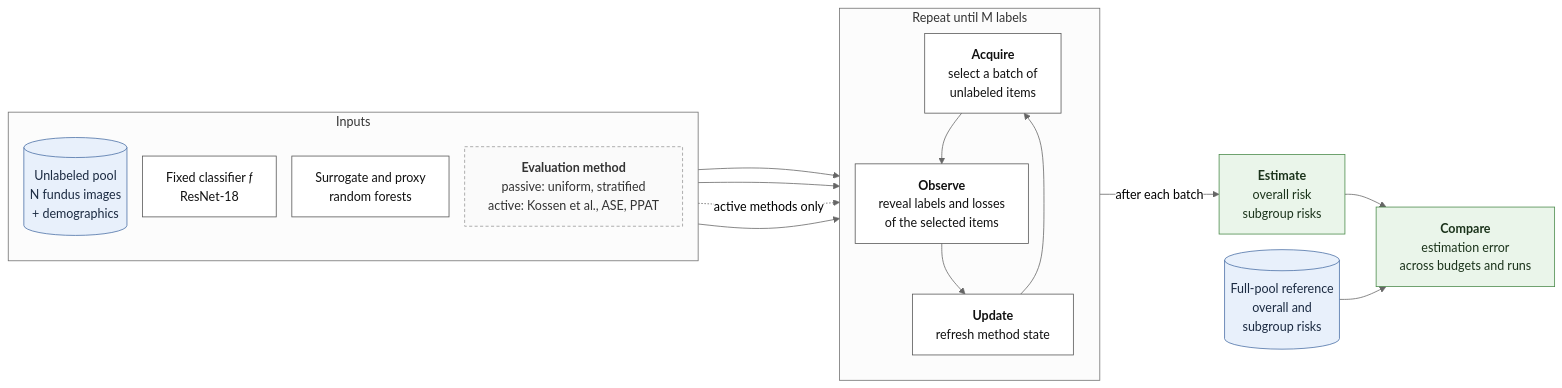
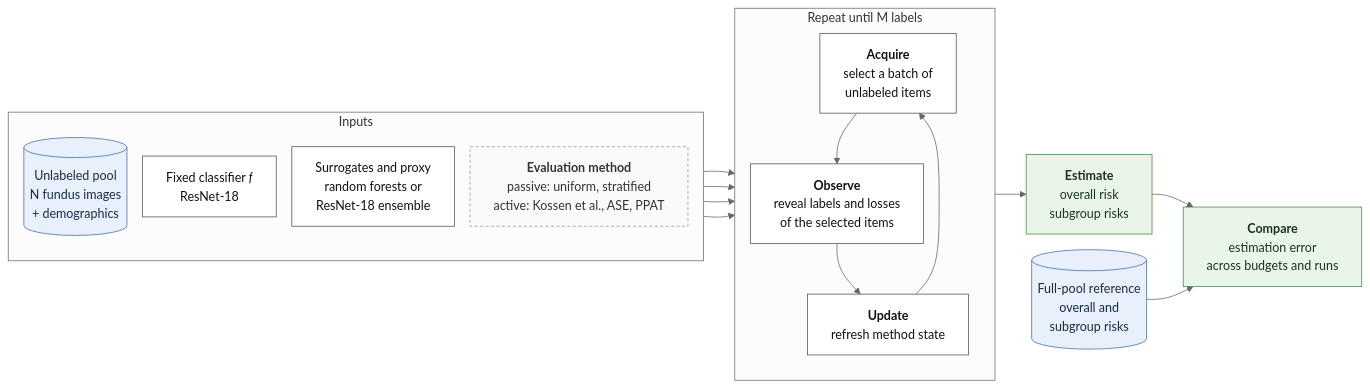
Before and after one commit to AlexWinther/evaluation-compression: the diagram in diagrams/overview.mmd, drawn with Mermaid. The commit also changed 2 other files, not shown here.

Commit message:
docs: update the overview diagram and add a render recipe

```diff
--- a/diagrams/overview.mmd
+++ b/diagrams/overview.mmd
@@ -1,47 +1,47 @@
 ---
 config:
   theme: neutral
   markdownAutoWrap: false
   flowchart:
     curve: basis
     wrappingWidth: 400
     nodeSpacing: 20
     rankSpacing: 40
 ---
 
 flowchart LR
   subgraph IN["Inputs"]
     direction TB
     P[("Unlabeled pool<br/>N fundus images<br/>+ demographics")]
     F["Fixed classifier <i>f</i><br/>ResNet-18"]
-    S["Surrogate and proxy<br/>random forests"]
+    S["Surrogates and proxy<br/>random forests or<br/>ResNet-18 ensemble"]
     M["<b>Evaluation method</b><br/>passive: uniform, stratified<br/>active: Kossen et al., ASE, PPAT"]
   end
 
   subgraph LOOP["Repeat until M labels"]
     direction TB
     A["<b>Acquire</b><br/>select a batch of<br/>unlabeled items"]
     O["<b>Observe</b><br/>reveal labels and losses<br/>of the selected items"]
     U["<b>Update</b><br/>refresh method state"]
     A --> O --> U --> A
   end
 
   E["<b>Estimate</b><br/>overall risk<br/>subgroup risks"]
   R[("Full-pool reference<br/>overall and<br/>subgroup risks")]
   C["<b>Compare</b><br/>estimation error<br/>across budgets and runs"]
 
   P --> A
   F --> A
-  S -. "active methods only" .-> A
+  S --> A
   M --> A
-  U -- "after each batch" --> E --> C
+  U --> E --> C
   R --> C
 
   classDef data fill:#e8f0fb,stroke:#4a6fa5,color:#1b2a41
   classDef step fill:#ffffff,stroke:#555555,color:#111111
   classDef result fill:#eaf5ea,stroke:#4a8a4a,color:#1b331b
   classDef note fill:#fafafa,stroke:#999999,stroke-dasharray:4 3,color:#333333
     class P,R data
   class F,S,A,O,U step
   class E,C result
   class M note
```
